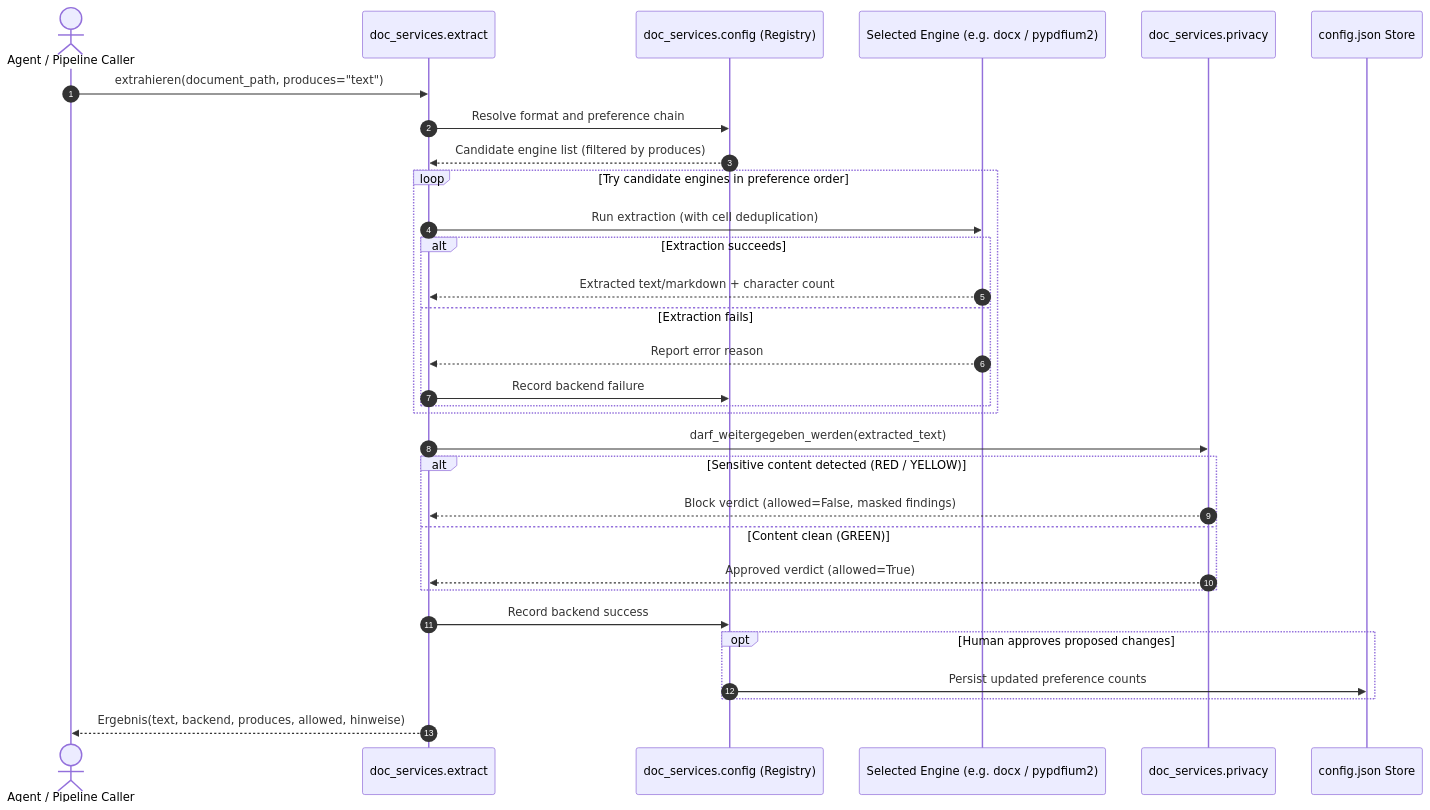
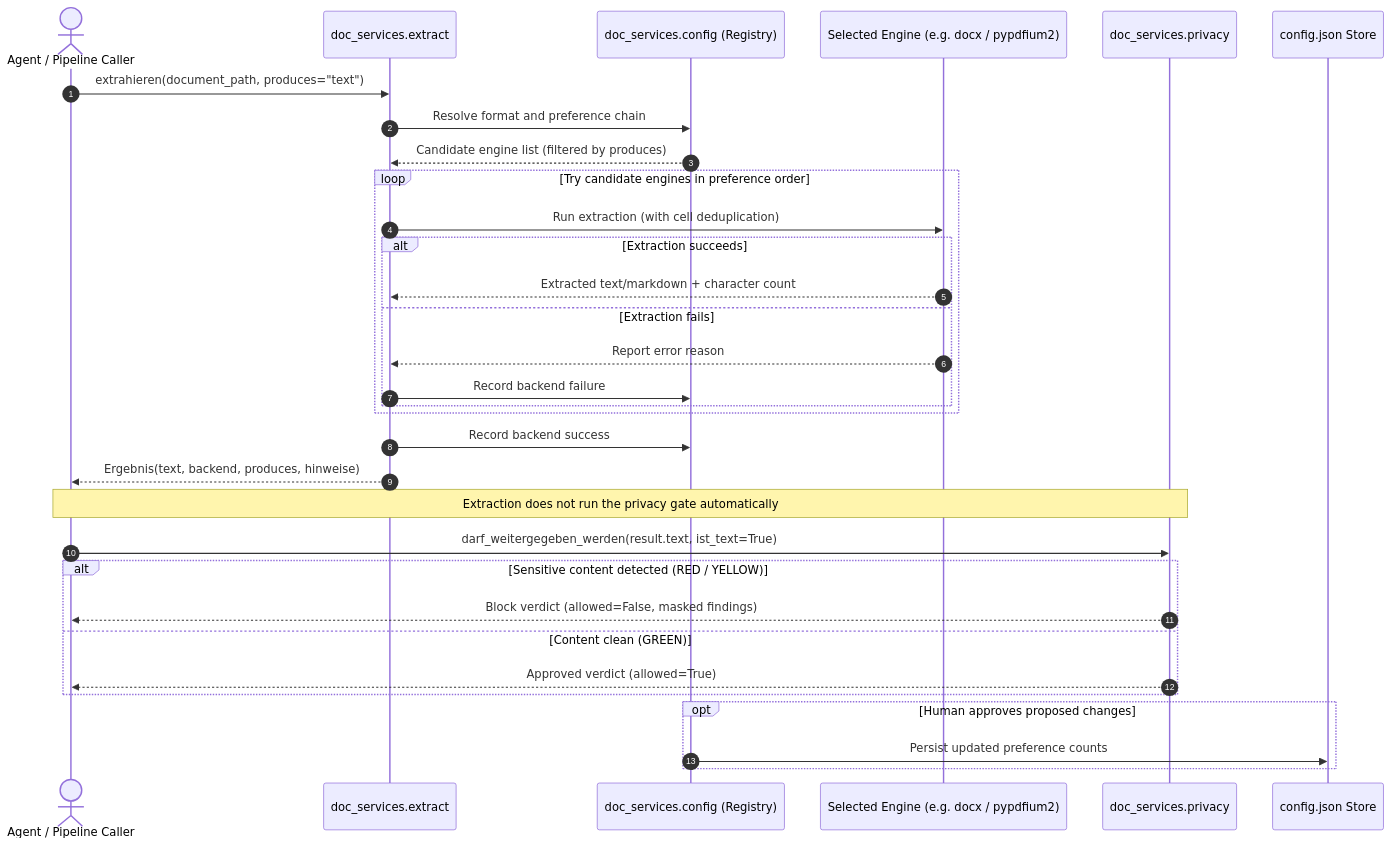
Before and after one commit to ellmos-ai/doc-services: the second of 2 diagrams in README.md, drawn with Mermaid. The commit also changed other lines of this file and 5 other files, not shown here.

Commit message:
fix(docs): screen extracted DOCX text in privacy examples

````diff
--- a/README.md
+++ b/README.md
@@ -192,38 +194,39 @@
 ```mermaid
 sequenceDiagram
     autonumber
     actor Caller as Agent / Pipeline Caller
     participant Extractor as doc_services.extract
     participant Registry as doc_services.config (Registry)
     participant Engine as Selected Engine (e.g. docx / pypdfium2)
     participant Privacy as doc_services.privacy
     participant Storage as config.json Store
 
     Caller->>Extractor: extrahieren(document_path, produces="text")
     Extractor->>Registry: Resolve format and preference chain
     Registry-->>Extractor: Candidate engine list (filtered by produces)
 
     loop Try candidate engines in preference order
         Extractor->>Engine: Run extraction (with cell deduplication)
         alt Extraction succeeds
             Engine-->>Extractor: Extracted text/markdown + character count
         else Extraction fails
             Engine-->>Extractor: Report error reason
             Extractor->>Registry: Record backend failure
         end
     end
 
-    Extractor->>Privacy: darf_weitergegeben_werden(extracted_text)
+    Extractor->>Registry: Record backend success
+    Extractor-->>Caller: Ergebnis(text, backend, produces, hinweise)
+    Note over Caller,Privacy: Extraction does not run the privacy gate automatically
+    Caller->>Privacy: darf_weitergegeben_werden(result.text, ist_text=True)
     alt Sensitive content detected (RED / YELLOW)
-        Privacy-->>Extractor: Block verdict (allowed=False, masked findings)
+        Privacy-->>Caller: Block verdict (allowed=False, masked findings)
     else Content clean (GREEN)
-        Privacy-->>Extractor: Approved verdict (allowed=True)
+        Privacy-->>Caller: Approved verdict (allowed=True)
     end
 
-    Extractor->>Registry: Record backend success
     opt Human approves proposed changes
         Registry->>Storage: Persist updated preference counts
     end
 
-    Extractor-->>Caller: Ergebnis(text, backend, produces, allowed, hinweise)
 ```
````
